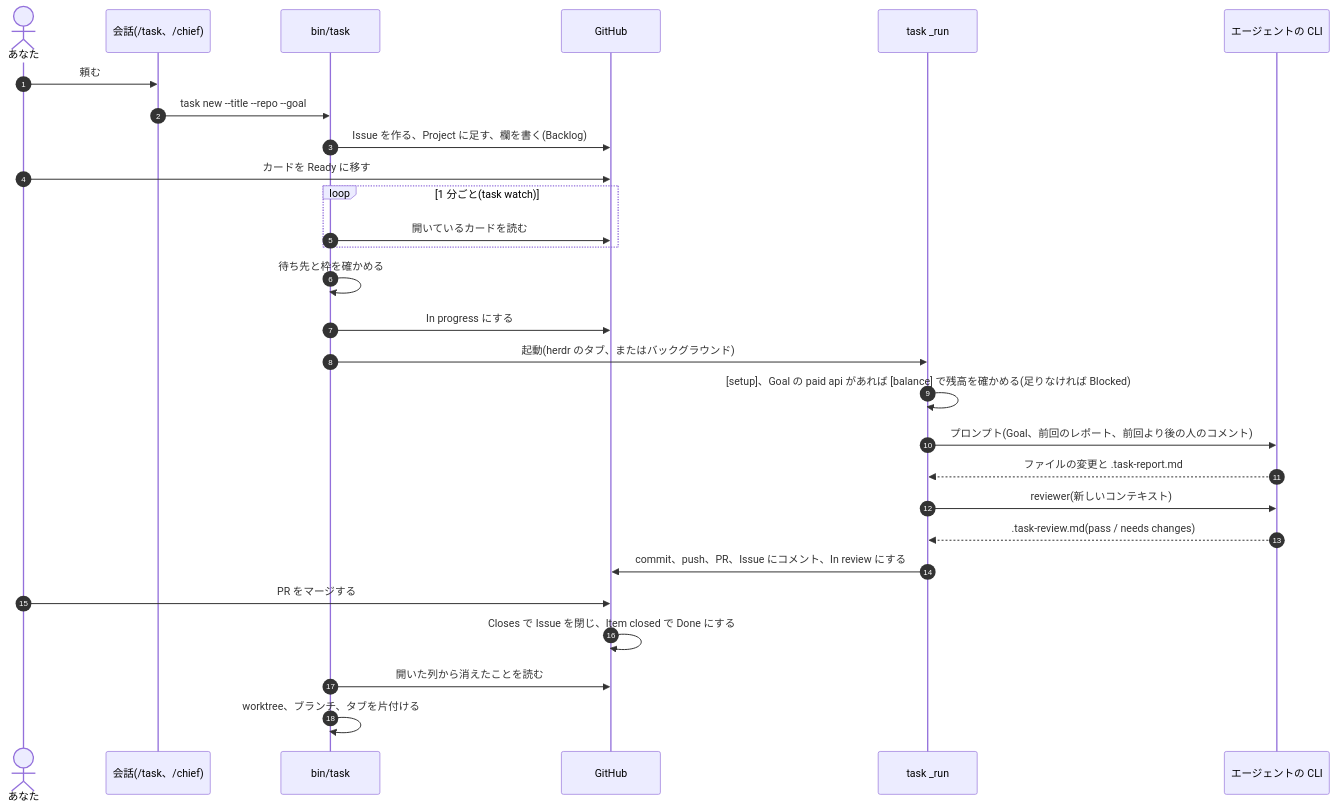
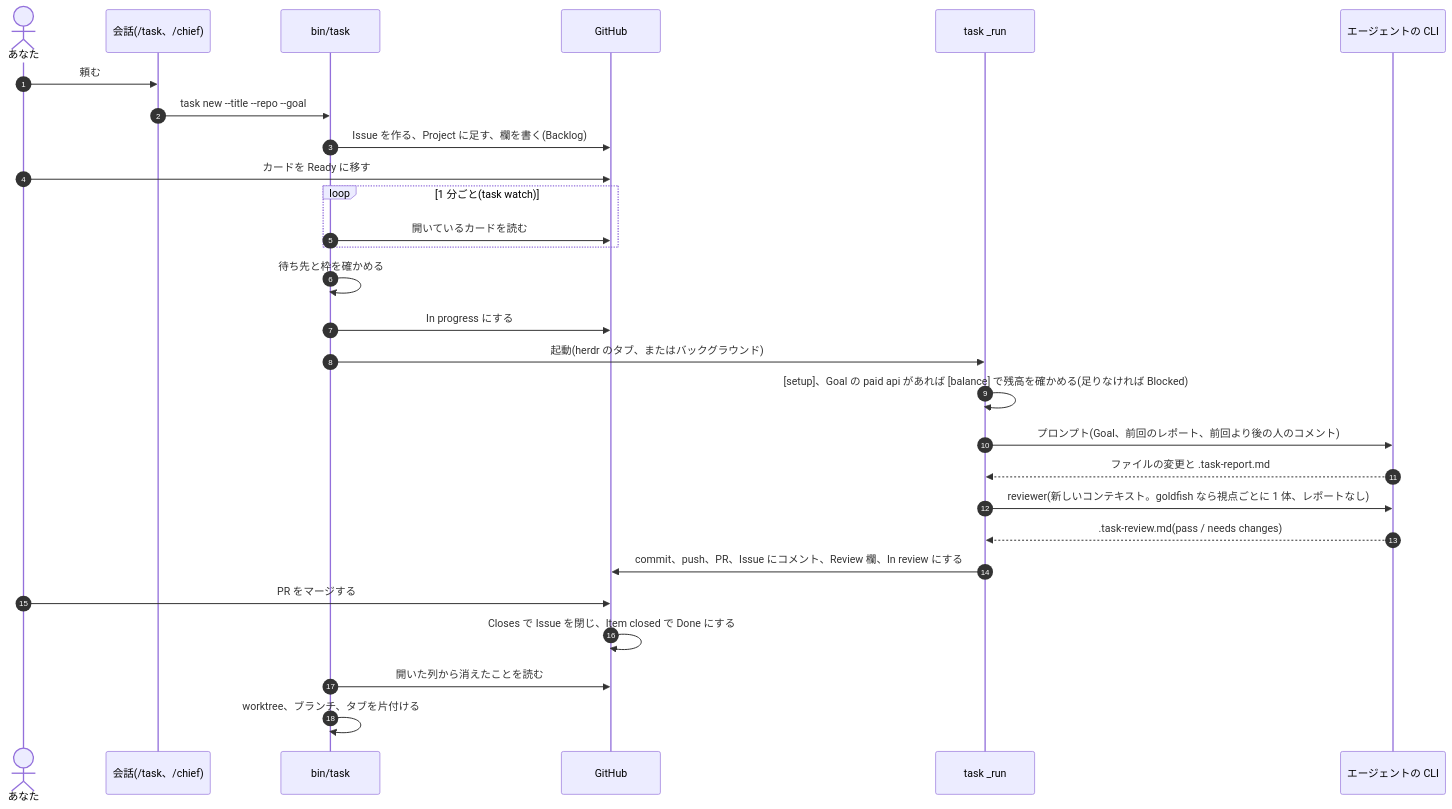
One commit to jyoka/task-hub changed the third of 10 diagrams in docs/architecture/hld.md. Above: the diagram before and after it, drawn with Mermaid. The commit also changed other lines of this file and 11 other files, not shown here.

````diff
--- a/docs/architecture/hld.md
+++ b/docs/architecture/hld.md
@@ -162,31 +162,31 @@
 ```mermaid
 sequenceDiagram
     autonumber
     actor You as あなた
     participant Chat as 会話(/task、/chief)
     participant Task as bin/task
     participant GH as GitHub
     participant Run as task _run
     participant Agent as エージェントの CLI
 
     You->>Chat: 頼む
     Chat->>Task: task new --title --repo --goal
     Task->>GH: Issue を作る、Project に足す、欄を書く(Backlog)
     You->>GH: カードを Ready に移す
     loop 1 分ごと(task watch)
         Task->>GH: 開いているカードを読む
     end
     Task->>Task: 待ち先と枠を確かめる
     Task->>GH: In progress にする
     Task->>Run: 起動(herdr のタブ、またはバックグラウンド)
     Run->>Run: [setup]、Goal の paid api があれば [balance] で残高を確かめる(足りなければ Blocked)
     Run->>Agent: プロンプト(Goal、前回のレポート、前回より後の人のコメント)
     Agent-->>Run: ファイルの変更と .task-report.md
-    Run->>Agent: reviewer(新しいコンテキスト)
+    Run->>Agent: reviewer(新しいコンテキスト。goldfish なら視点ごとに 1 体、レポートなし)
     Agent-->>Run: .task-review.md(pass / needs changes)
-    Run->>GH: commit、push、PR、Issue にコメント、In review にする
+    Run->>GH: commit、push、PR、Issue にコメント、Review 欄、In review にする
     You->>GH: PR をマージする
     GH->>GH: Closes で Issue を閉じ、Item closed で Done にする
     Task->>GH: 開いた列から消えたことを読む
     Task->>Task: worktree、ブランチ、タブを片付ける
 ```
````
